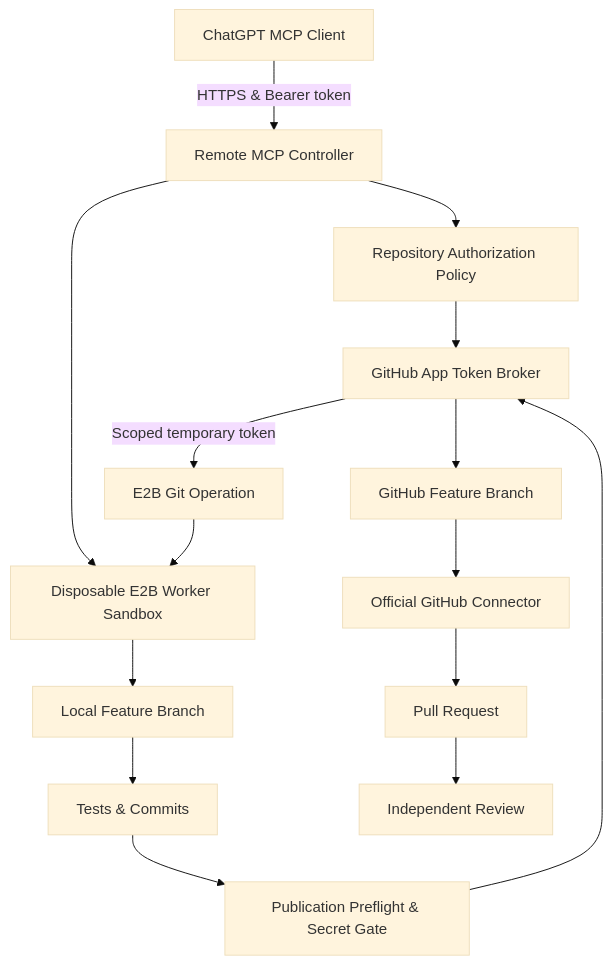
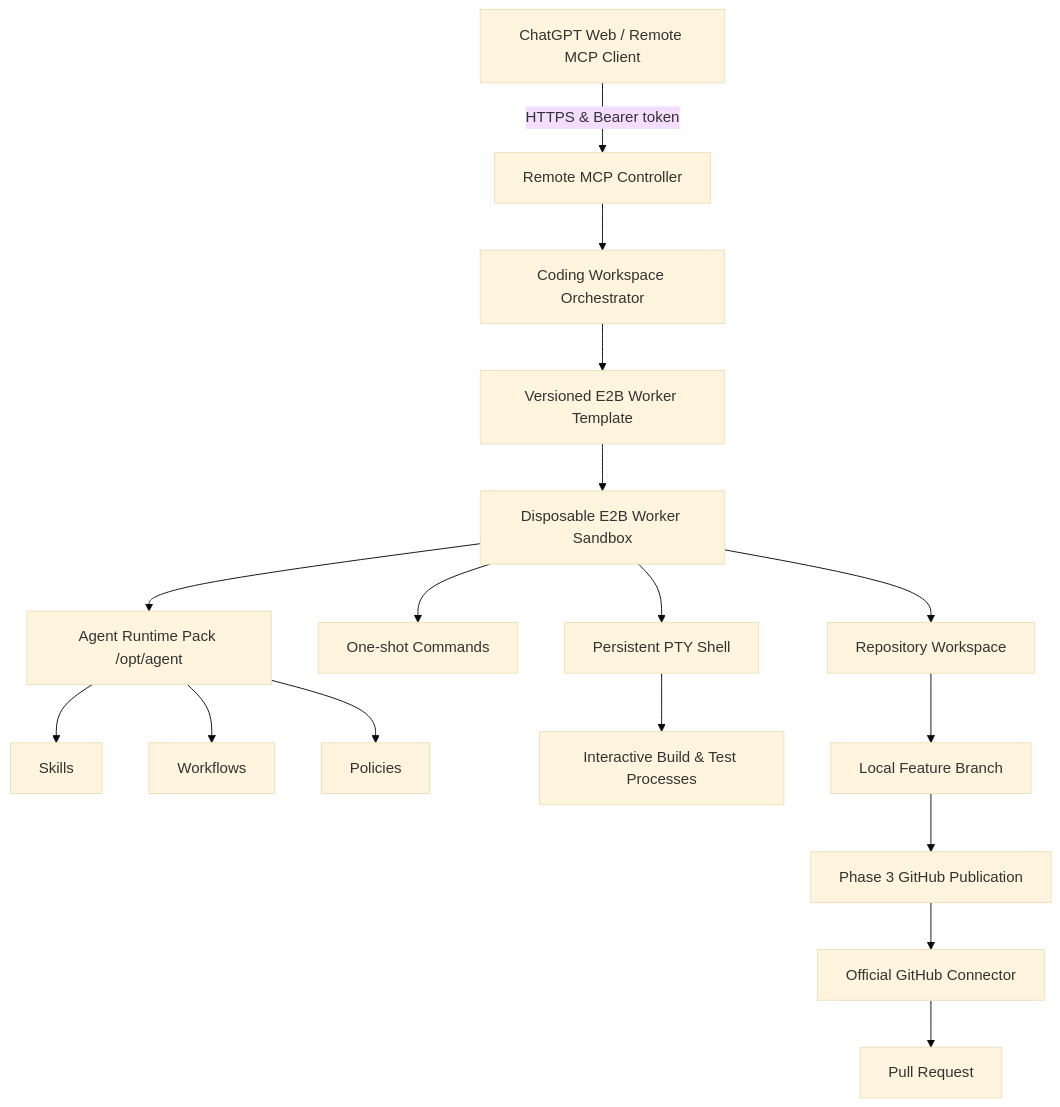
The diagram in README.md (imMamdouhaboammar/e2b-agent-runtime), drawn with Mermaid (base theme) before and after one commit. The commit also changed other lines of this file and 1 other file, not shown here.

Commit message:
docs: update ARCHITECTURE_MAP.md and README.md with Phase 4 guide

````diff
--- a/README.md
+++ b/README.md
@@ -9,17 +9,19 @@
 ```mermaid
 flowchart TD
-    A[ChatGPT MCP Client] -->|HTTPS & Bearer token| B[Remote MCP Controller]
-    B --> C[Repository Authorization Policy]
-    C --> D[GitHub App Token Broker]
-    B --> E[Disposable E2B Worker Sandbox]
-    D -->|Scoped temporary token| F[E2B Git Operation]
-    F --> E
-    E --> G[Local Feature Branch]
-    G --> H[Tests & Commits]
-    H --> I[Publication Preflight & Secret Gate]
-    I --> D
-    D --> J[GitHub Feature Branch]
-    J --> K[Official GitHub Connector]
-    K --> L[Pull Request]
-    L --> M[Independent Review]
+    A[ChatGPT Web / Remote MCP Client] -->|HTTPS & Bearer token| B[Remote MCP Controller]
+    B --> C[Coding Workspace Orchestrator]
+    C --> D[Versioned E2B Worker Template]
+    D --> E[Disposable E2B Worker Sandbox]
+    E --> F[Persistent PTY Shell]
+    E --> G[One-shot Commands]
+    E --> H[Repository Workspace]
+    E --> I[Agent Runtime Pack /opt/agent]
+    I --> J[Skills]
+    I --> K[Workflows]
+    I --> L[Policies]
+    F --> M[Interactive Build & Test Processes]
+    H --> N[Local Feature Branch]
+    N --> O[Phase 3 GitHub Publication]
+    O --> P[Official GitHub Connector]
+    P --> Q[Pull Request]
 ```
````
